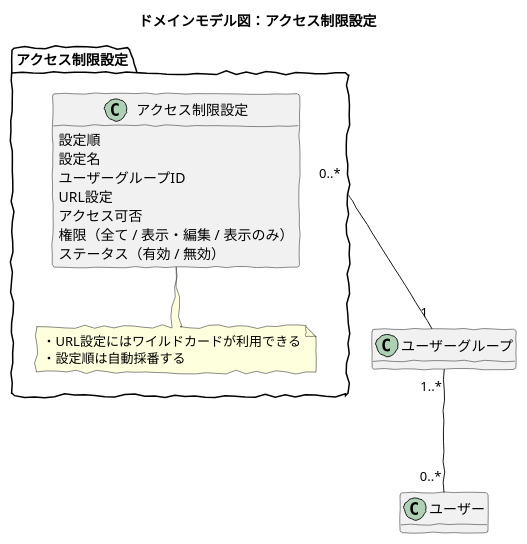
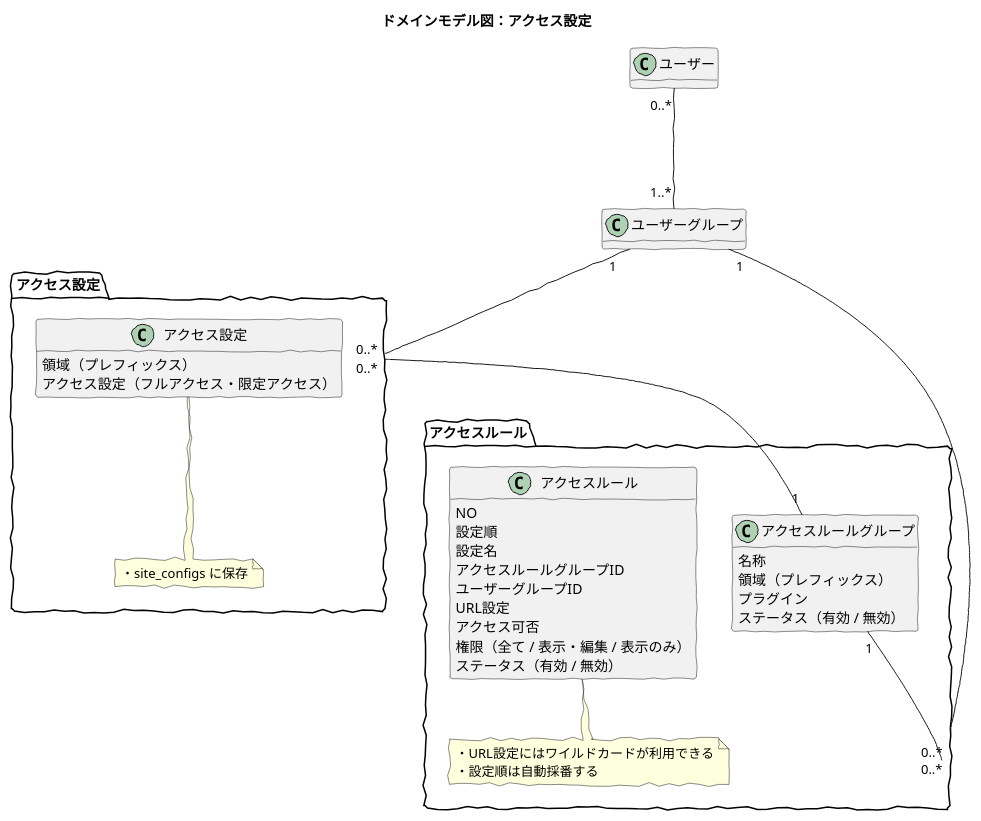
One commit to baserproject/baserproject.github.io changed the diagram in src/puml/5/ucmitz/svg/domain_model/baser-core/permissions.puml. Above: the diagram before and after it, drawn with PlantUML. The commit also changed 21 other files, not shown here.

```diff
--- a/src/puml/5/ucmitz/svg/domain_model/baser-core/permissions.puml
+++ b/src/puml/5/ucmitz/svg/domain_model/baser-core/permissions.puml
@@ -1,33 +1,52 @@
 @startuml
 skinparam handwritten true
 skinparam backgroundColor white
 hide method
 
-title ドメインモデル図：アクセス制限設定
+title ドメインモデル図：アクセス設定
 
-package アクセス制限設定 {
-	
-	class アクセス制限設定 {
+package アクセス設定 {
+	class アクセス設定 {
+		領域（プレフィックス）
+		アクセス設定（フルアクセス・限定アクセス）	
+	}
+	note bottom
+	・site_configs に保存
+	endnote
+}
+
+package アクセスルール {
+	class アクセスルールグループ {
+		名称
+		領域（プレフィックス）
+		プラグイン
+		ステータス（有効 / 無効）
+	}
+	class アクセスルール {
+		NO
 		設定順
 		設定名
+		アクセスルールグループID
 		ユーザーグループID
 		URL設定
 		アクセス可否
 		権限（全て / 表示・編集 / 表示のみ）
 		ステータス（有効 / 無効）
 	}
 	note bottom
 	・URL設定にはワイルドカードが利用できる
 	・設定順は自動採番する
 	endnote
-
 }
 
 class ユーザー
 
 class ユーザーグループ
 
-アクセス制限設定 "0..*" -- "1" ユーザーグループ  
-ユーザーグループ "1..*" --- "0..*" ユーザー
+ユーザー "0..*" --- "1..*" ユーザーグループ 
+ユーザーグループ "1" -- "0..*" アクセス設定 
+ユーザーグループ "1" -- "0..*" アクセスルール
+アクセス設定 "0..*" -- "1" アクセスルールグループ
+アクセスルールグループ "1" -- "0..*" アクセスルール
 
 @enduml
```
